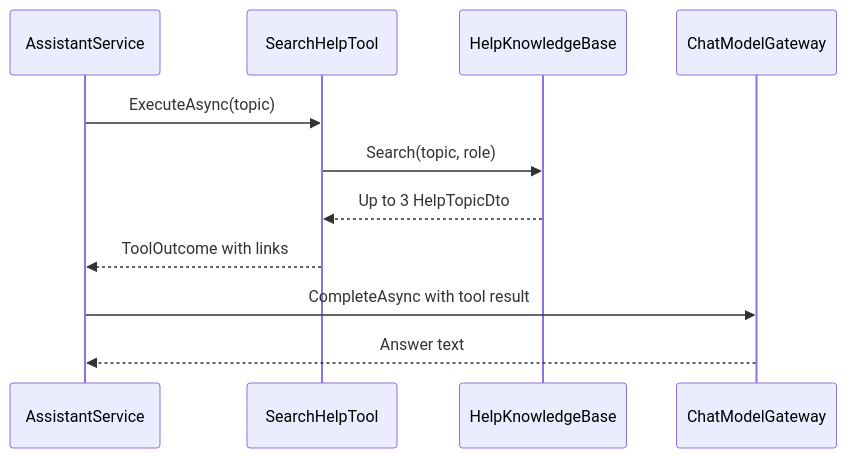
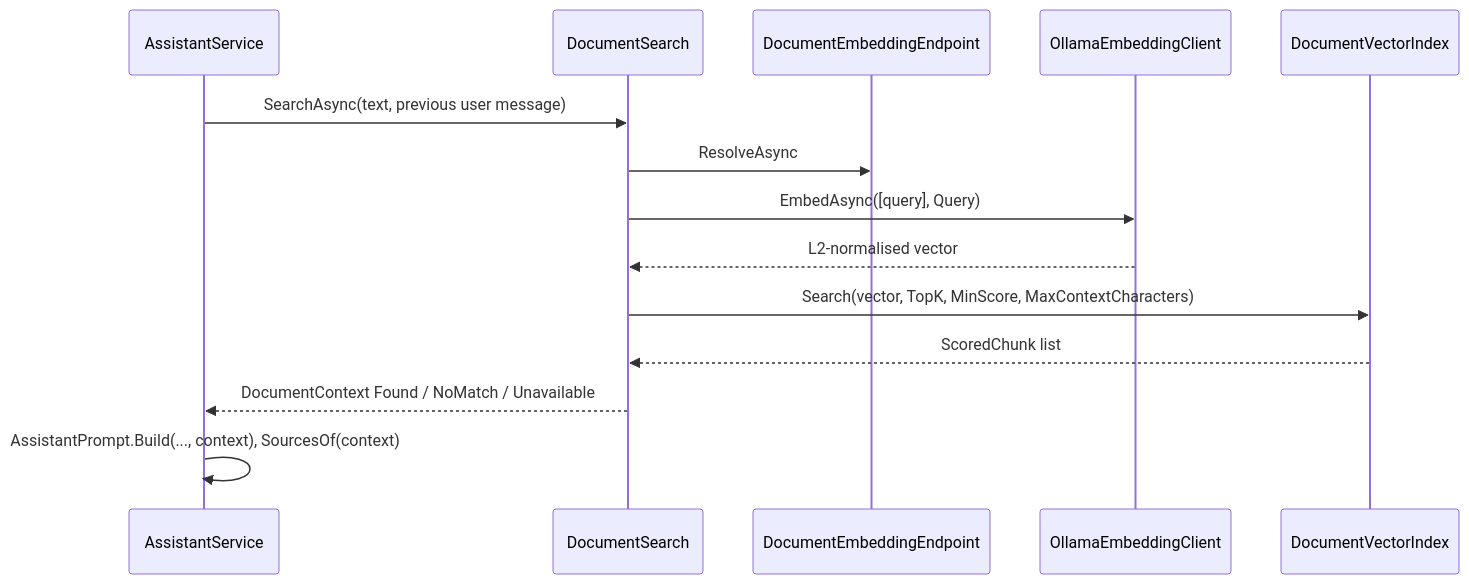
One commit to jojogeorge3344/TaskFlow-Project changed the eighth of 14 diagrams in TF - Documents/TF - LLD/08-TFA-Assistant/08.1-Assistant/LLD-Assistant.md. Above: the diagram before and after it, drawn with Mermaid. The commit also changed other lines of this file and 123 other files, not shown here.

First line of the commit message:
feat(assistant): answer documentation questions from TF - Documents via local RAG

````diff
--- a/TF - Documents/TF - LLD/08-TFA-Assistant/08.1-Assistant/LLD-Assistant.md
+++ b/TF - Documents/TF - LLD/08-TFA-Assistant/08.1-Assistant/LLD-Assistant.md
@@ -673,13 +806,16 @@
 ```mermaid
 sequenceDiagram
   participant S as AssistantService
-  participant T as SearchHelpTool
-  participant H as HelpKnowledgeBase
-  participant G as ChatModelGateway
-  S->>T: ExecuteAsync(topic)
-  T->>H: Search(topic, role)
-  H-->>T: Up to 3 HelpTopicDto
-  T-->>S: ToolOutcome with links
-  S->>G: CompleteAsync with tool result
-  G-->>S: Answer text
+  participant D as DocumentSearch
+  participant P as DocumentEmbeddingEndpoint
+  participant E as OllamaEmbeddingClient
+  participant V as DocumentVectorIndex
+  S->>D: SearchAsync(text, previous user message)
+  D->>P: ResolveAsync
+  D->>E: EmbedAsync([query], Query)
+  E-->>D: L2-normalised vector
+  D->>V: Search(vector, TopK, MinScore, MaxContextCharacters)
+  V-->>D: ScoredChunk list
+  D-->>S: DocumentContext Found / NoMatch / Unavailable
+  S->>S: AssistantPrompt.Build(..., context), SourcesOf(context)
 ```
````
